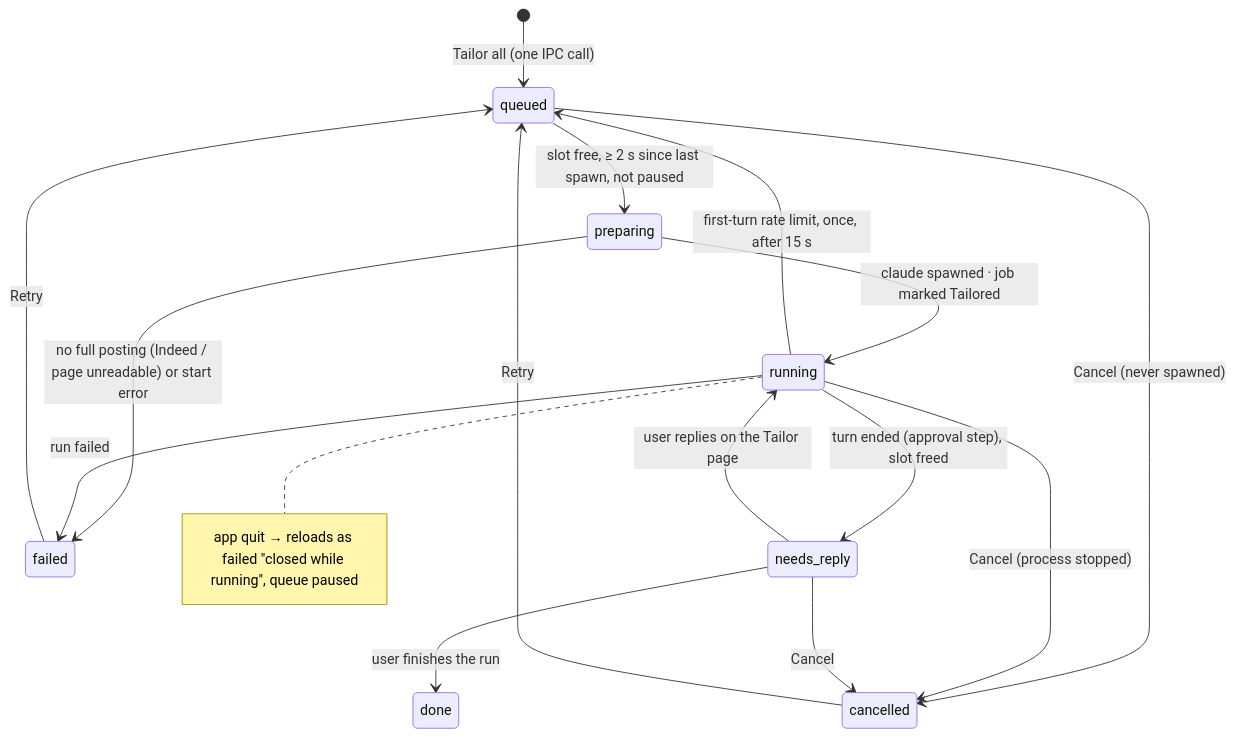
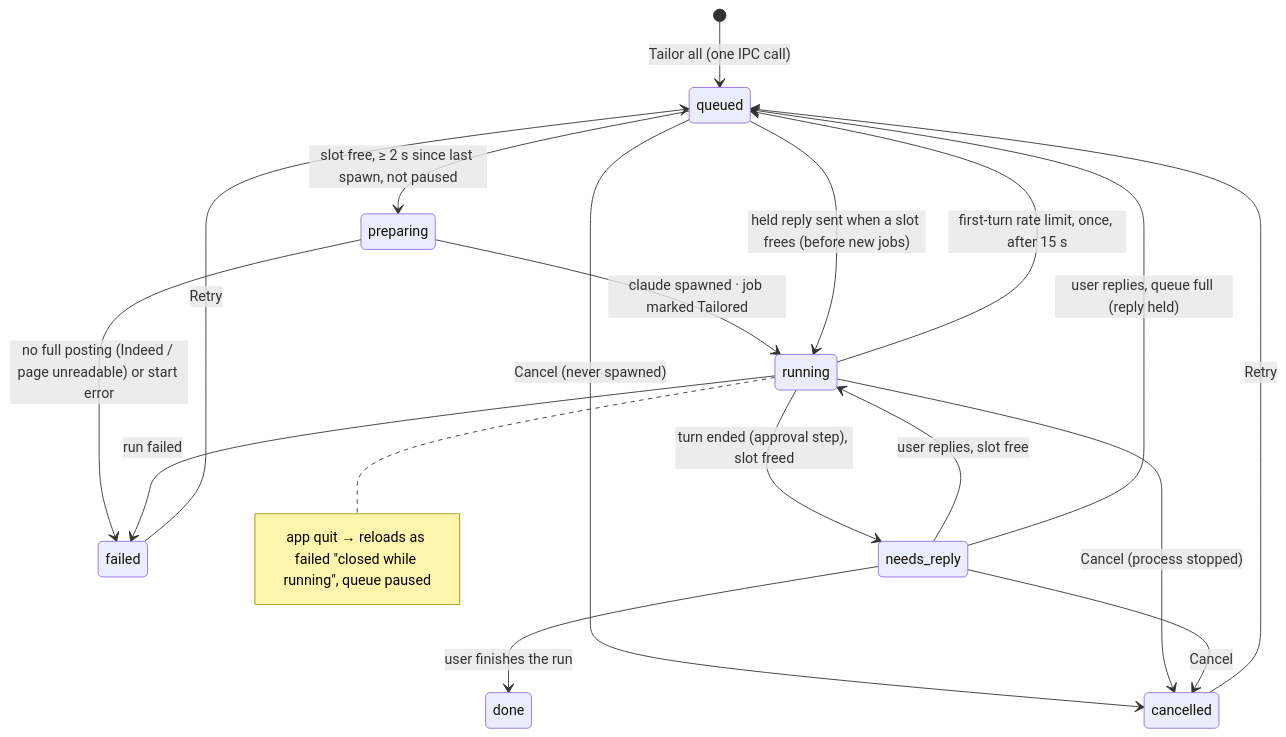
Before and after one commit to silentashish/huntgry: the first of 2 diagrams in docs/changes/21-bulk-tailor.md, drawn with Mermaid. The commit also changed other lines of this file and 8 other files, not shown here.

First line of the commit message:
fix(queue): hold replies to queue runs while the queue is full

````diff
--- a/docs/changes/21-bulk-tailor.md
+++ b/docs/changes/21-bulk-tailor.md
@@ -41,18 +42,20 @@
 ```mermaid
 stateDiagram-v2
     [*] --> queued: Tailor all (one IPC call)
     queued --> preparing: slot free, ≥ 2 s since last spawn, not paused
     preparing --> failed: no full posting (Indeed / page unreadable) or start error
     preparing --> running: claude spawned · job marked Tailored
     running --> needs_reply: turn ended (approval step), slot freed
-    needs_reply --> running: user replies on the Tailor page
+    needs_reply --> running: user replies, slot free
+    needs_reply --> queued: user replies, queue full (reply held)
+    queued --> running: held reply sent when a slot frees (before new jobs)
     running --> queued: first-turn rate limit, once, after 15 s
     running --> failed: run failed
     needs_reply --> done: user finishes the run
     queued --> cancelled: Cancel (never spawned)
     running --> cancelled: Cancel (process stopped)
     needs_reply --> cancelled: Cancel
     failed --> queued: Retry
     cancelled --> queued: Retry
     note right of running: app quit → reloads as failed "closed while running", queue paused
 ```
````
